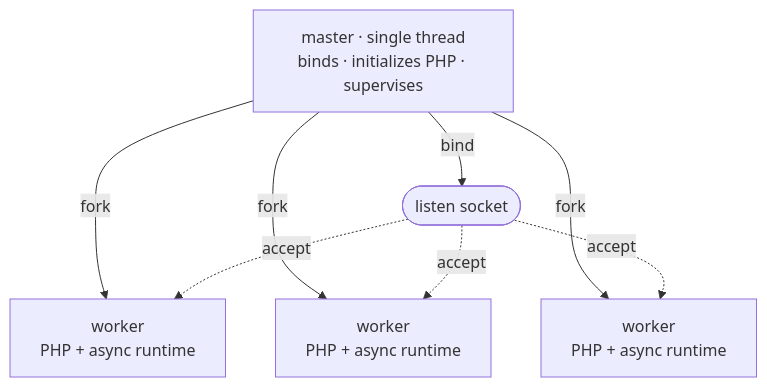
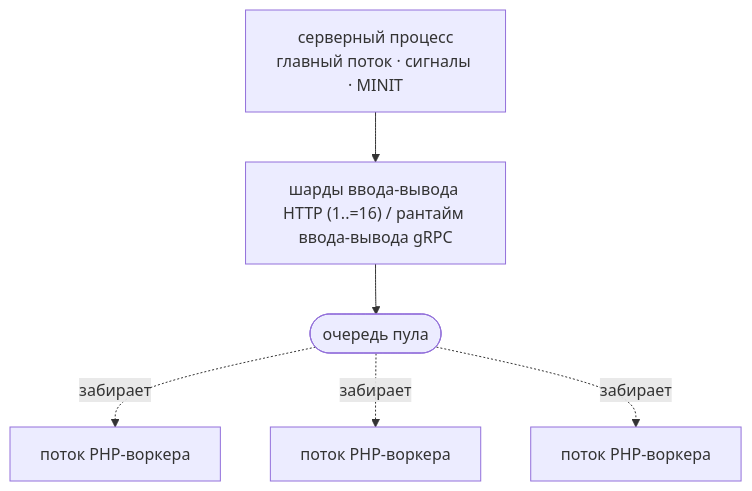
Before and after one commit to rapira-rs/rapira-rs.github.io: the diagram in ru/docs/process-model.md, drawn with Mermaid. The commit also changed other lines of this file and 120 other files, not shown here.

````diff
--- a/ru/docs/process-model.md
+++ b/ru/docs/process-model.md
@@ -24,15 +25,14 @@
 ```mermaid
 flowchart TB
-  M["master · single thread<br/>binds · initializes PHP · supervises"]
-  S(["listen socket"])
-  W1["worker<br/>PHP + async runtime"]
-  W2["worker<br/>PHP + async runtime"]
-  W3["worker<br/>PHP + async runtime"]
-  M -- bind --> S
-  M -- fork --> W1
-  M -- fork --> W2
-  M -- fork --> W3
-  S -. accept .-> W1
-  S -. accept .-> W2
-  S -. accept .-> W3
+  S["серверный процесс<br/>главный поток · сигналы · MINIT"]
+  IO["шарды ввода-вывода HTTP (1..=16) / рантайм ввода-вывода gRPC"]
+  Q(["очередь пула"])
+  W1["поток PHP-воркера"]
+  W2["поток PHP-воркера"]
+  W3["поток PHP-воркера"]
+  S --> IO
+  IO --> Q
+  Q -. забирает .-> W1
+  Q -. забирает .-> W2
+  Q -. забирает .-> W3
 ```
````
